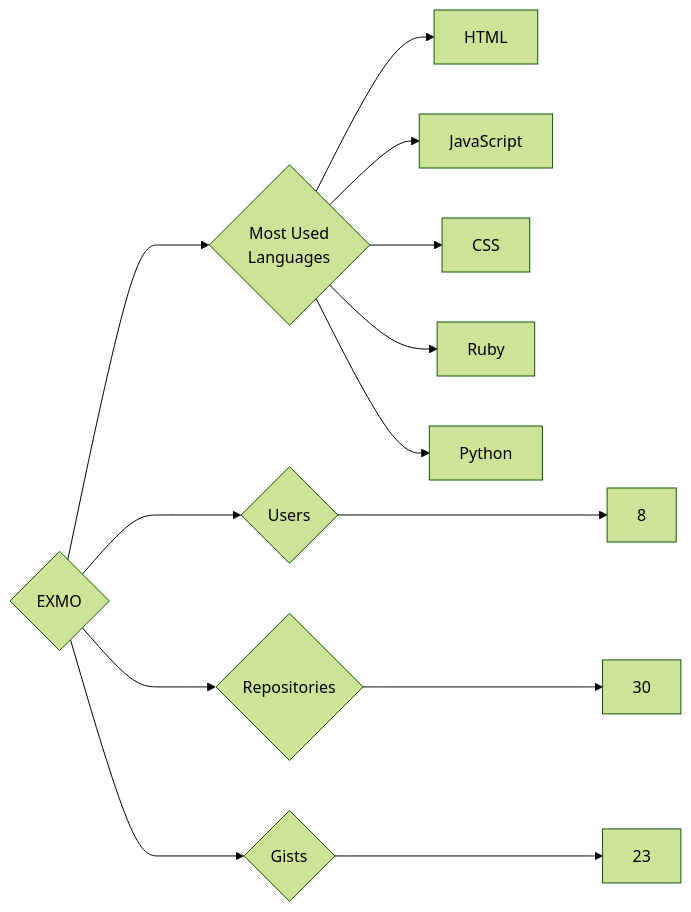
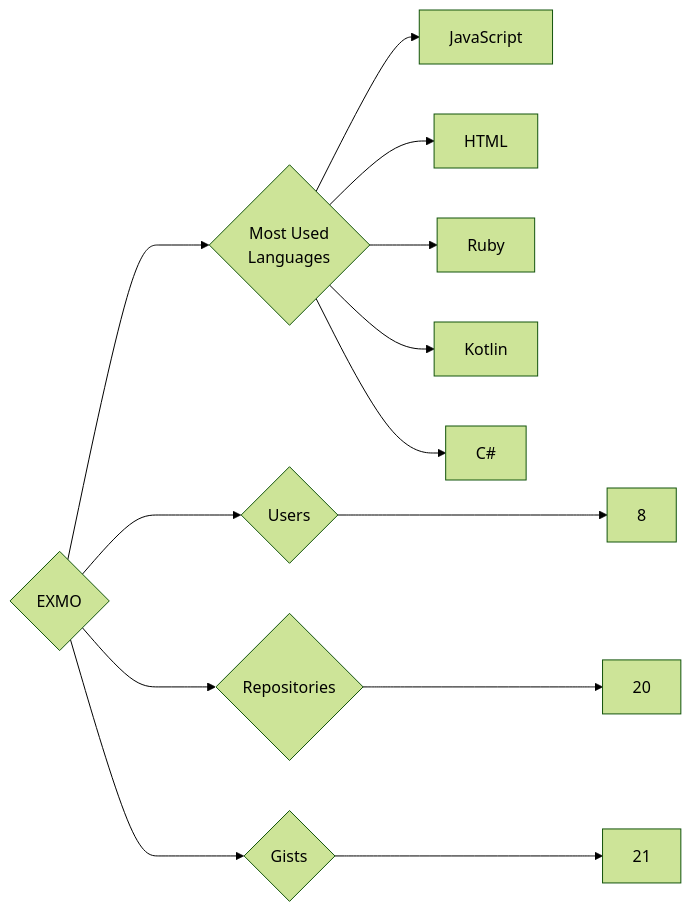
The diagram in targets/EXMO/README.md (trickest/insiders), drawn with Mermaid (forest theme) before and after one commit. The commit also changed 993 other files, not shown here.

````diff
--- a/targets/EXMO/README.md
+++ b/targets/EXMO/README.md
@@ -3,13 +3,13 @@
 ```mermaid
 graph LR
 COMPANY_NAME{EXMO}
 COMPANY_NAME ---> U{Users} ---> UN[8]
-COMPANY_NAME ---> R{Repositories} ---> RN[30]
-COMPANY_NAME ---> G{Gists} ---> GN[23]
+COMPANY_NAME ---> R{Repositories} ---> RN[20]
+COMPANY_NAME ---> G{Gists} ---> GN[21]
 COMPANY_NAME ---> ML{Most Used<br>Languages}
+ML --> JavaScript[JavaScript]
 ML --> HTML[HTML]
-ML --> JavaScript[JavaScript]
-ML --> CSS[CSS]
 ML --> Ruby[Ruby]
-ML --> Python[Python]
+ML --> Kotlin[Kotlin]
+ML --> C#[C#]
 ```
````
